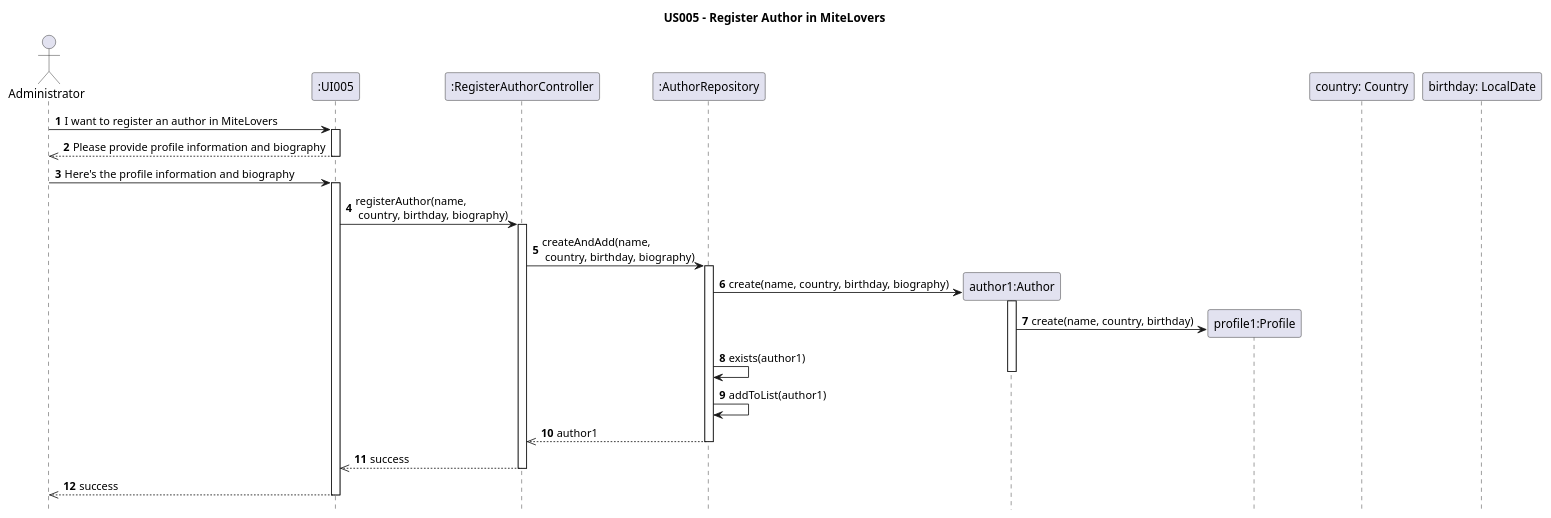
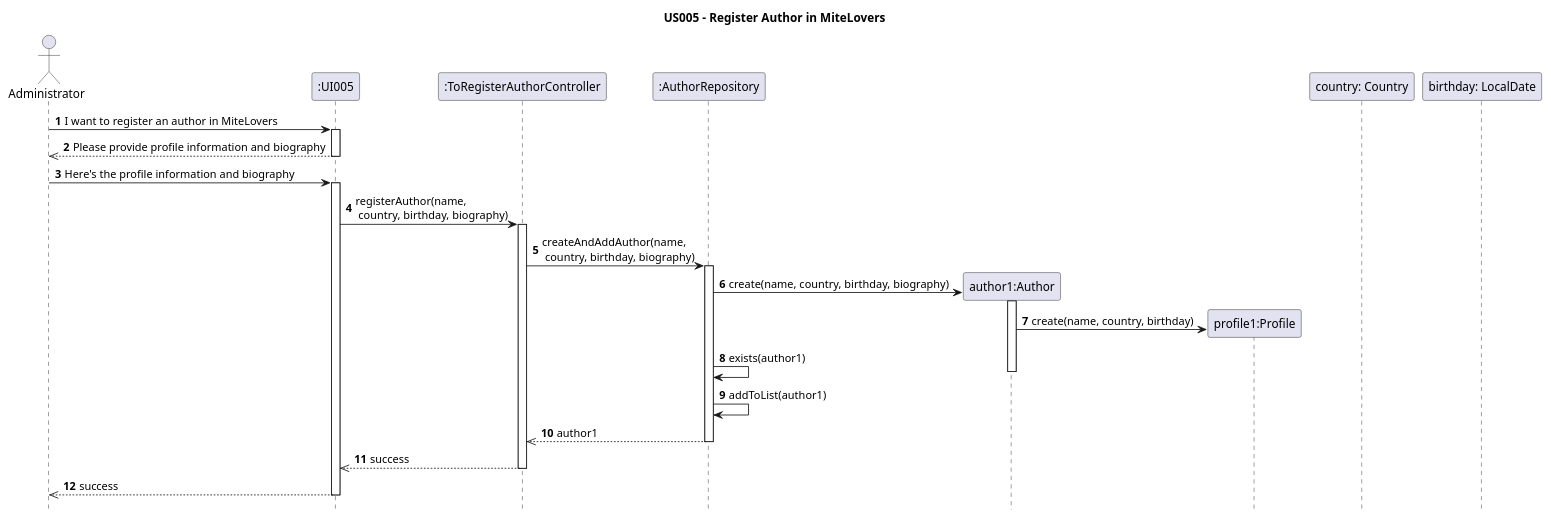
Before and after one commit to AndrePereiraGitH/SWitCH-Project-Team_A: the diagram in Diagrams/SequenceDiagrams/N2/US005-to-register-an-author-in-MIteLovers.puml, drawn with PlantUML. The commit also changed 2 other files, not shown here.

```diff
--- a/Diagrams/SequenceDiagrams/N2/US005-to-register-an-author-in-MIteLovers.puml
+++ b/Diagrams/SequenceDiagrams/N2/US005-to-register-an-author-in-MIteLovers.puml
@@ -1,59 +1,59 @@
 @startuml
 hide footbox
 title US005 - Register Author in MiteLovers
 
 actor Administrator
 participant ":UI005" as UI
 
 autoNumber
 
 
-participant ":RegisterAuthorController" as C
+participant ":ToRegisterAuthorController" as C
 
 
 
 participant ":AuthorRepository" as R
 
 Administrator -> UI :  I want to register an author in MiteLovers
 activate UI
 
 UI -->> Administrator :  Please provide profile information and biography
 deactivate
 
 Administrator -> UI :  Here's the profile information and biography
 activate UI
 UI -> C : registerAuthor(name, \n country, birthday, biography)
 activate C
 
-C -> R :  createAndAdd(name, \n country, birthday, biography)
+C -> R :  createAndAddAuthor(name, \n country, birthday, biography)
 activate R
 
 
 
  create participant "author1:Author" as A
  R -> A ++ : create(name, country, birthday, biography)
 
  create "profile1:Profile" as P
  A -> P : create(name, country, birthday)
 
  R -> R : exists(author1)
  deactivate A
 
 
 
   R -> R : addToList(author1)
 
   R -->> C :  author1
 
 deactivate R
 C -->> UI :  success
 deactivate C
 
 UI -->> Administrator :  success
 deactivate UI
 
 
 participant "country: Country"
 participant "birthday: LocalDate"
 
 @enduml
```
